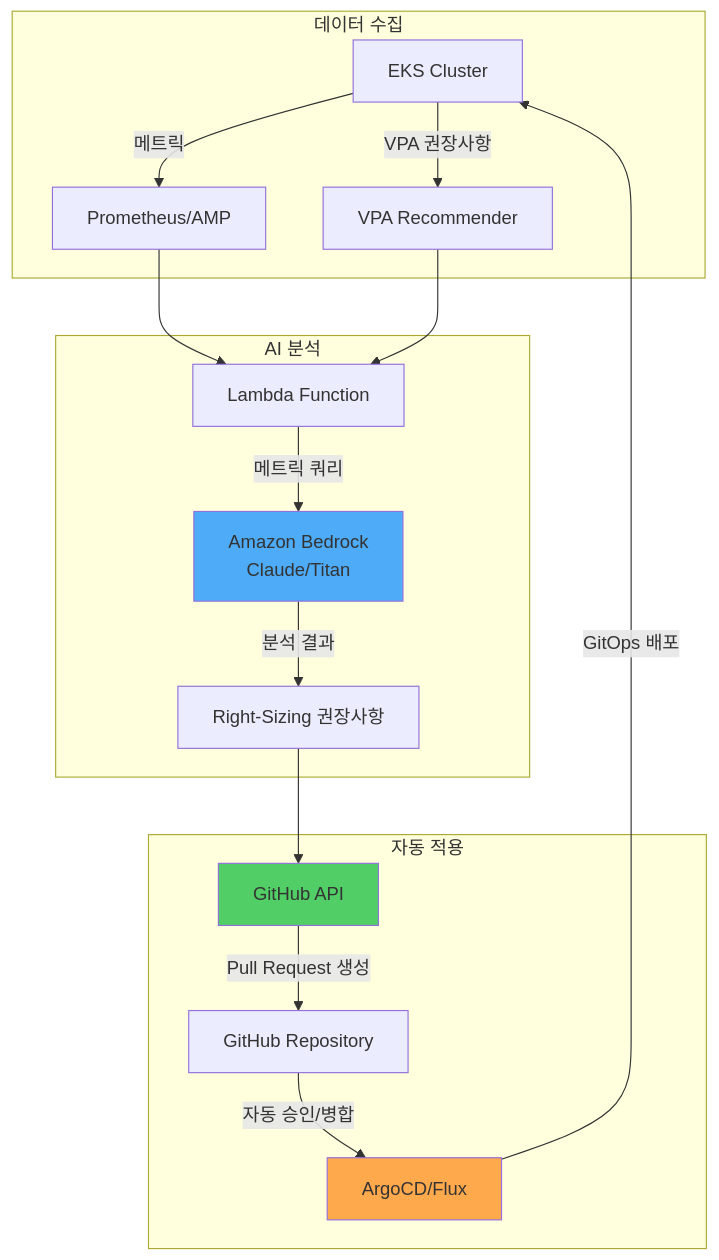
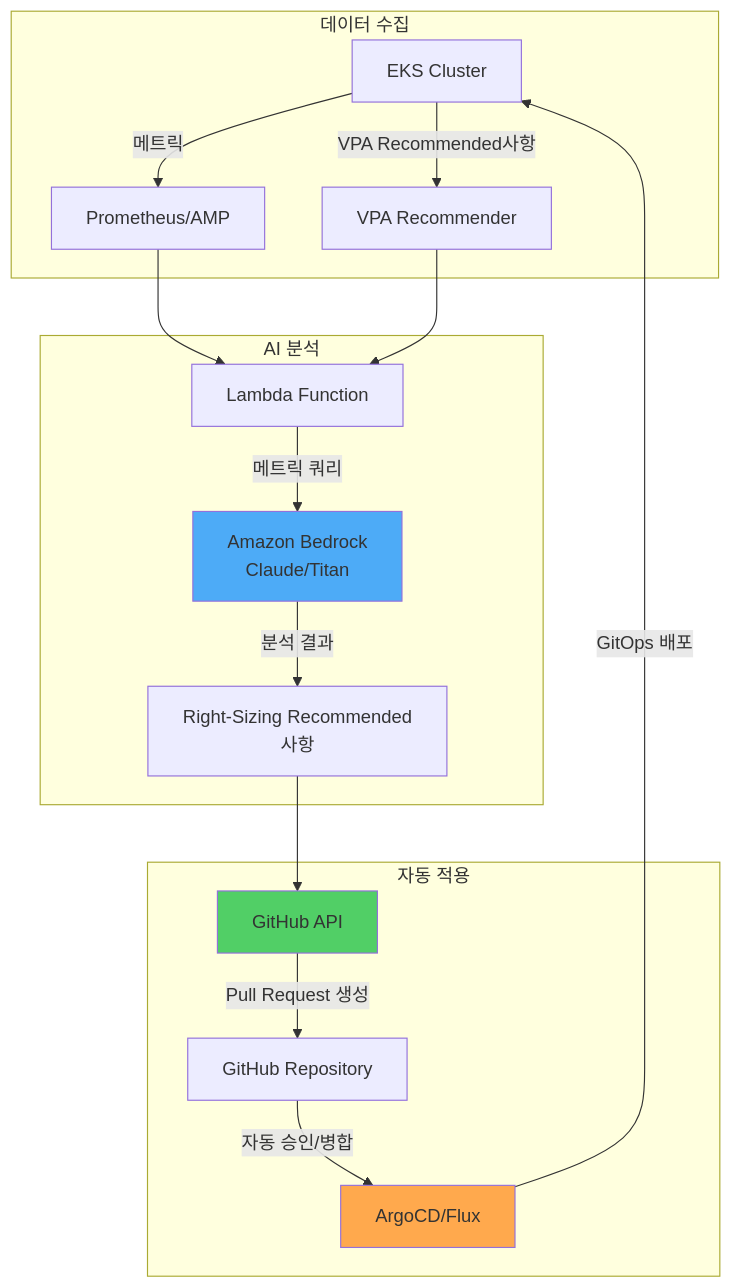
Before and after one commit to devfloor9/engineering-playbook: diagram 12 of 16 in i18n/en/docusaurus-plugin-content-docs/current/eks-best-practices/resource-cost/eks-resource-optimization.md, drawn with Mermaid. The commit also changed other lines of this file and 16 other files, not shown here.

````diff
--- a/i18n/en/docusaurus-plugin-content-docs/current/eks-best-practices/resource-cost/eks-resource-optimization.md
+++ b/i18n/en/docusaurus-plugin-content-docs/current/eks-best-practices/resource-cost/eks-resource-optimization.md
@@ -3491,25 +3491,25 @@
 ```mermaid
 graph TB
     subgraph "데이터 수집"
         A[EKS Cluster] -->|메트릭| B[Prometheus/AMP]
-        A -->|VPA 권장사항| C[VPA Recommender]
+        A -->|VPA Recommended사항| C[VPA Recommender]
     end
 
     subgraph "AI 분석"
         B --> D[Lambda Function]
         C --> D
         D -->|메트릭 쿼리| E[Amazon Bedrock<br/>Claude/Titan]
-        E -->|분석 결과| F[Right-Sizing 권장사항]
+        E -->|분석 결과| F[Right-Sizing Recommended사항]
     end
 
     subgraph "자동 적용"
         F --> G[GitHub API]
         G -->|Pull Request 생성| H[GitHub Repository]
         H -->|자동 승인/병합| I[ArgoCD/Flux]
         I -->|GitOps 배포| A
     end
 
     style E fill:#4dabf7
     style G fill:#51cf66
     style I fill:#ffa94d
 ```
````
